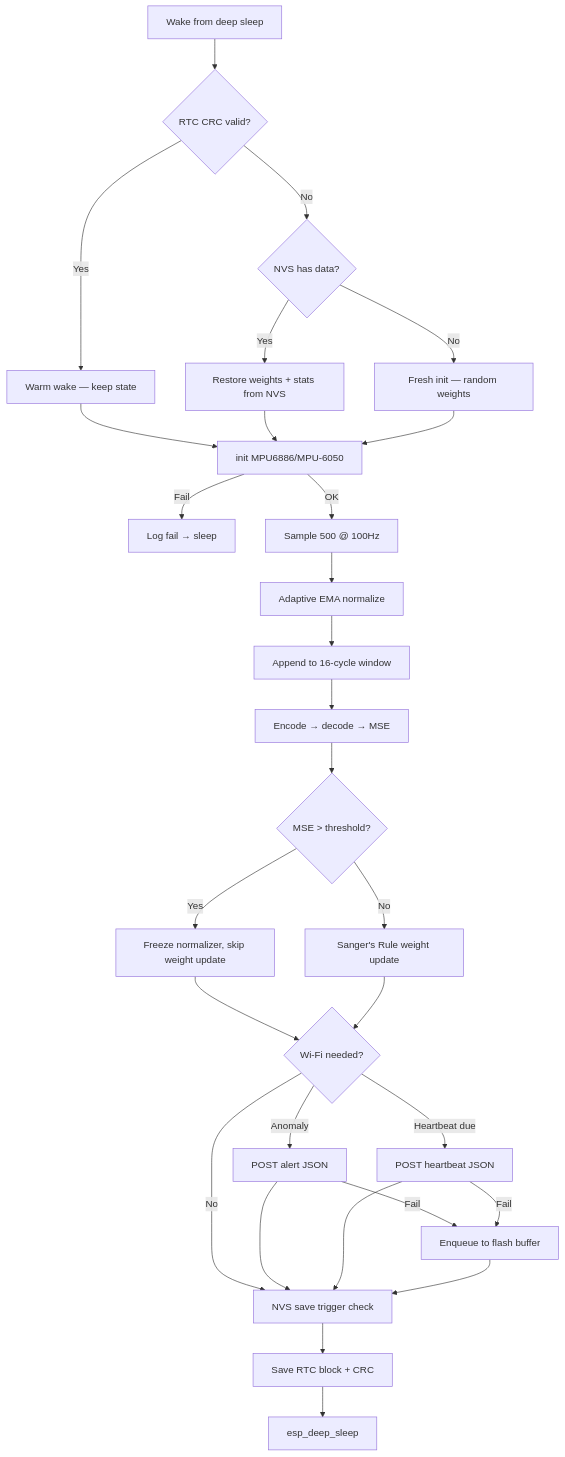
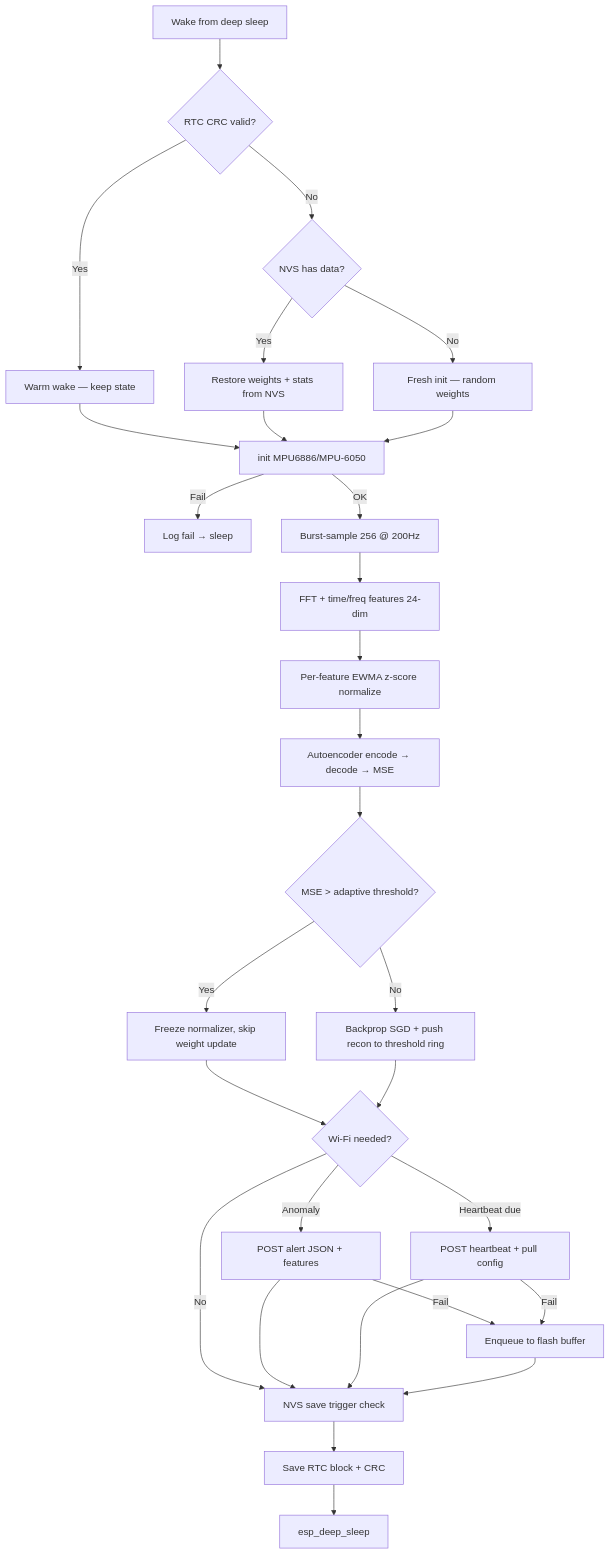
Before and after one commit to Otm02/DeepMonitor: the diagram in README.md, drawn with Mermaid. The commit also changed other lines of this file and 67 other files, not shown here.

````diff
--- a/README.md
+++ b/README.md
@@ -378,31 +402,31 @@
 ```mermaid
 flowchart TD
     Wake[Wake from deep sleep] --> CRC{RTC CRC valid?}
     CRC -->|Yes| Warm[Warm wake — keep state]
     CRC -->|No| NVS{NVS has data?}
     NVS -->|Yes| RestoreNVS[Restore weights + stats from NVS]
     NVS -->|No| Fresh[Fresh init — random weights]
     Warm --> InitIMU[init MPU6886/MPU-6050]
     RestoreNVS --> InitIMU
     Fresh --> InitIMU
     InitIMU -->|Fail| LogFail[Log fail → sleep]
-    InitIMU -->|OK| Sample[Sample 500 @ 100Hz]
-    Sample --> Norm[Adaptive EMA normalize]
-    Norm --> Window[Append to 16-cycle window]
-    Window --> Infer[Encode → decode → MSE]
-    Infer --> Anomaly{MSE > threshold?}
+    InitIMU -->|OK| Sample[Burst-sample 256 @ 200Hz]
+    Sample --> Feat[FFT + time/freq features 24-dim]
+    Feat --> Norm[Per-feature EWMA z-score normalize]
+    Norm --> Infer[Autoencoder encode → decode → MSE]
+    Infer --> Anomaly{MSE > adaptive threshold?}
     Anomaly -->|Yes| Freeze[Freeze normalizer, skip weight update]
-    Anomaly -->|No| Sanger[Sanger's Rule weight update]
+    Anomaly -->|No| Train[Backprop SGD + push recon to threshold ring]
     Freeze --> Conn{Wi-Fi needed?}
-    Sanger --> Conn
-    Conn -->|Anomaly| Alert[POST alert JSON]
-    Conn -->|Heartbeat due| HB[POST heartbeat JSON]
+    Train --> Conn
+    Conn -->|Anomaly| Alert[POST alert JSON + features]
+    Conn -->|Heartbeat due| HB[POST heartbeat + pull config]
     Conn -->|No| NVSCheck[NVS save trigger check]
     Alert -->|Fail| Buffer[Enqueue to flash buffer]
     HB -->|Fail| Buffer
     Alert --> NVSCheck
     HB --> NVSCheck
     Buffer --> NVSCheck
     NVSCheck --> Save[Save RTC block + CRC]
     Save --> Sleep[esp_deep_sleep]
 ```
````
